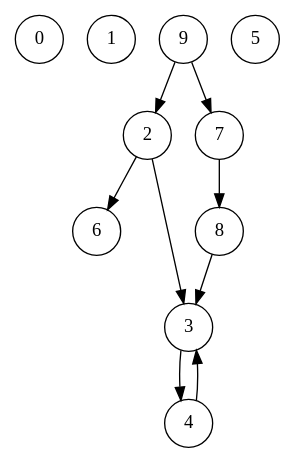
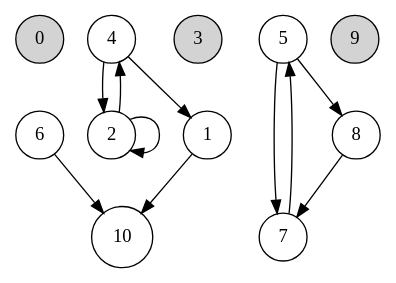
The diagram in Laboratorio Algoritmi/consegne/consegna-3/grafo.dot (AndrewStorci7/unipr), drawn with Graphviz before and after one commit. The commit also changed 17 other files, not shown here.

```diff
--- a/Laboratorio Algoritmi/consegne/consegna-3/grafo.dot
+++ b/Laboratorio Algoritmi/consegne/consegna-3/grafo.dot
@@ -1,15 +1,23 @@
 digraph G {
     node [shape=circle];
-    0;
-    1;
-    2 -> 6;
-    2 -> 3;
-    3 -> 4;
-    4 -> 3;
-    5;
-    6;
-    7 -> 8;
-    8 -> 3;
-    9 -> 7;
-    9 -> 2;
+    0 [style="filled" fillColor="#45FF67" label="0"];
+    1 [label="1"];
+    1 -> 10;
+    2 [label="2"];
+    2 -> 2;
+    2 -> 4;
+    3 [style="filled" fillColor="#45FF67" label="3"];
+    4 [label="4"];
+    4 -> 1;
+    4 -> 2;
+    5 [label="5"];
+    5 -> 7;
+    5 -> 8;
+    6 [label="6"];
+    6 -> 10;
+    7 [label="7"];
+    7 -> 5;
+    8 [label="8"];
+    8 -> 7;
+    9 [style="filled" fillColor="#45FF67" label="9"];
 }
```
